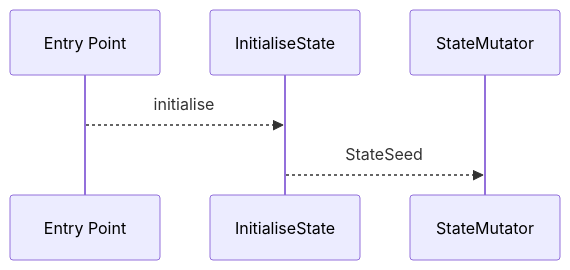
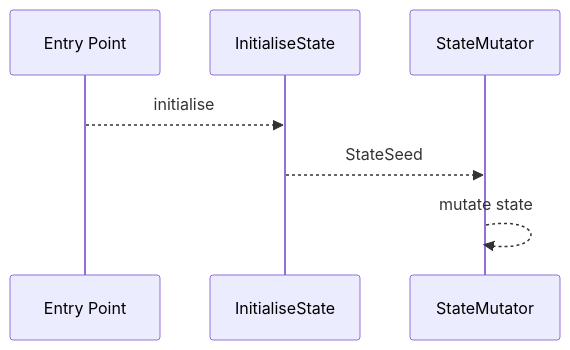
The third of 7 diagrams in source/views/docs/guides/sequence.md (distributedlife/ensemble-website), drawn with Mermaid before and after one commit. The commit also changed other lines of this file and 1 other file, not shown here.

Commit message:
moar sequence diagrams

```diff
--- a/source/views/docs/guides/sequence.md
+++ b/source/views/docs/guides/sequence.md
@@ -27,5 +29,6 @@
 <div class="mermaid">
 sequenceDiagram
   Entry Point-->>InitialiseState: initialise
   InitialiseState-->>StateMutator: StateSeed
+  StateMutator-->>StateMutator: mutate state
 </div>
```
